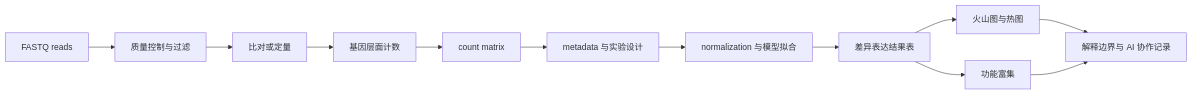
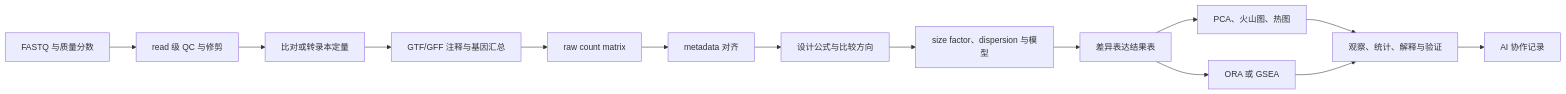
One commit to luvega/AI_MED_DataVis changed the first of 2 diagrams in docs/chapters/chapter-12/index.md. Above: the diagram before and after it, drawn with Mermaid. The commit also changed other lines of this file and 84 other files, not shown here.

````diff
--- a/docs/chapters/chapter-12/index.md
+++ b/docs/chapters/chapter-12/index.md
@@ -49,14 +59,16 @@
 ```mermaid
 flowchart LR
-  A["FASTQ reads"] --> B["质量控制与过滤"]
-  B --> C["比对或定量"]
-  C --> D["基因层面计数"]
-  D --> E["count matrix"]
-  E --> F["metadata 与实验设计"]
-  F --> G["normalization 与模型拟合"]
-  G --> H["差异表达结果表"]
-  H --> I["火山图与热图"]
-  H --> J["功能富集"]
-  I --> K["解释边界与 AI 协作记录"]
-  J --> K
+  A["FASTQ 与质量分数"] --> B["read 级 QC 与修剪"]
+  B --> C["比对或转录本定量"]
+  C --> D["GTF/GFF 注释与基因汇总"]
+  D --> E["raw count matrix"]
+  E --> F["metadata 对齐"]
+  F --> G["设计公式与比较方向"]
+  G --> H["size factor、dispersion 与模型"]
+  H --> I["差异表达结果表"]
+  I --> J["PCA、火山图、热图"]
+  I --> K["ORA 或 GSEA"]
+  J --> L["观察、统计、解释与验证"]
+  K --> L
+  L --> M["AI 协作记录"]
 ```
````
